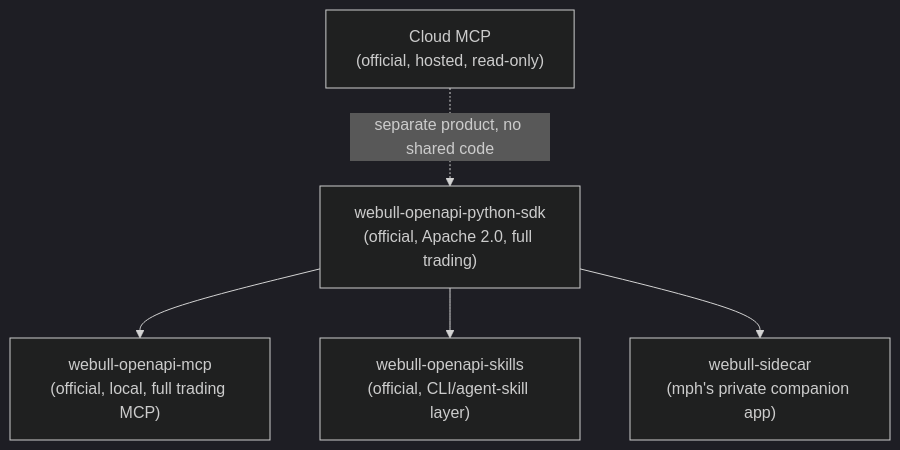
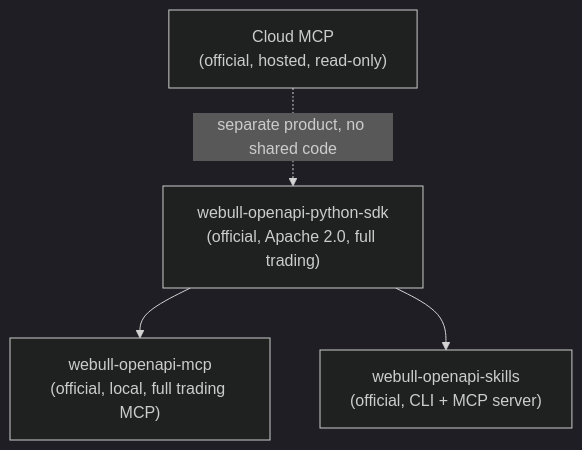
One commit to mphinance/awesome-broker-mcp changed the diagram in brokers/webull.md. Above: the diagram before and after it, drawn with Mermaid (dark theme). The commit also changed other lines of this file and 14 other files, not shown here.

````diff
--- a/brokers/webull.md
+++ b/brokers/webull.md
@@ -81,13 +97,11 @@
 ```mermaid
 flowchart TD
     SDK["webull-openapi-python-sdk\n(official, Apache 2.0, full trading)"]
     MCP["webull-openapi-mcp\n(official, local, full trading MCP)"]
-    Skill["webull-openapi-skills\n(official, CLI/agent-skill layer)"]
-    Sidecar["webull-sidecar\n(mph's private companion app)"]
+    Skill["webull-openapi-skills\n(official, CLI + MCP server)"]
     Cloud["Cloud MCP\n(official, hosted, read-only)"]
 
     SDK --> MCP
     SDK --> Skill
-    SDK --> Sidecar
     Cloud -.separate product, no shared code.-> SDK
 ```
````
